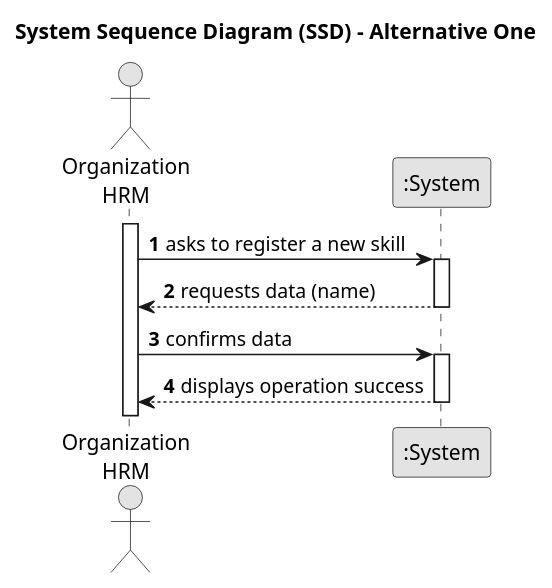
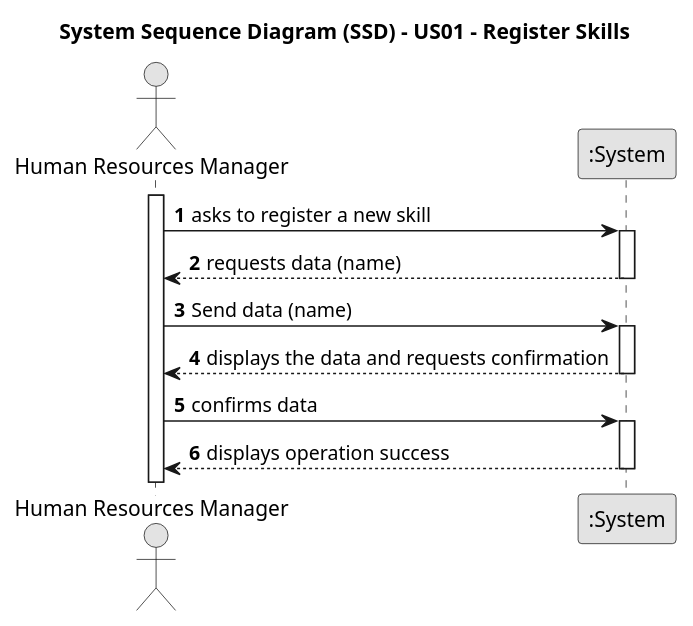
Before and after one commit to Departamento-de-Engenharia-Informatica/lei-24-s2-1db-g022: the diagram in docs/sprintA/us01/01.requirements-engineering/puml/us006-system-sequence-diagram-alternative-one.puml, drawn with PlantUML. The commit also changed 3 other files, not shown here.

Commit message:
Update US01 Requirements: - Modification of the sequence diagram.

```diff
--- a/docs/sprintA/us01/01.requirements-engineering/puml/us006-system-sequence-diagram-alternative-one.puml
+++ b/docs/sprintA/us01/01.requirements-engineering/puml/us006-system-sequence-diagram-alternative-one.puml
@@ -1,27 +1,35 @@
 @startuml
 skinparam monochrome true
 skinparam packageStyle rectangle
 skinparam shadowing false
 
-title System Sequence Diagram (SSD) - Alternative One
+title System Sequence Diagram (SSD) - US01 - Register Skills
 
 autonumber
 
-actor "Organization\nHRM" as HRM
+actor "Human Resources Manager" as HRM
 participant ":System" as System
 
 activate HRM
 
     HRM -> System : asks to register a new skill
     activate System
 
         System --> HRM : requests data (name)
     deactivate System
 
+    HRM->System: Send data (name)
+    activate System
+
+        System --> HRM : displays the data and requests confirmation
+
+    deactivate System
+
+
     HRM -> System : confirms data
     activate System
 
         System --> HRM : displays operation success
     deactivate System
 
 @enduml
```
